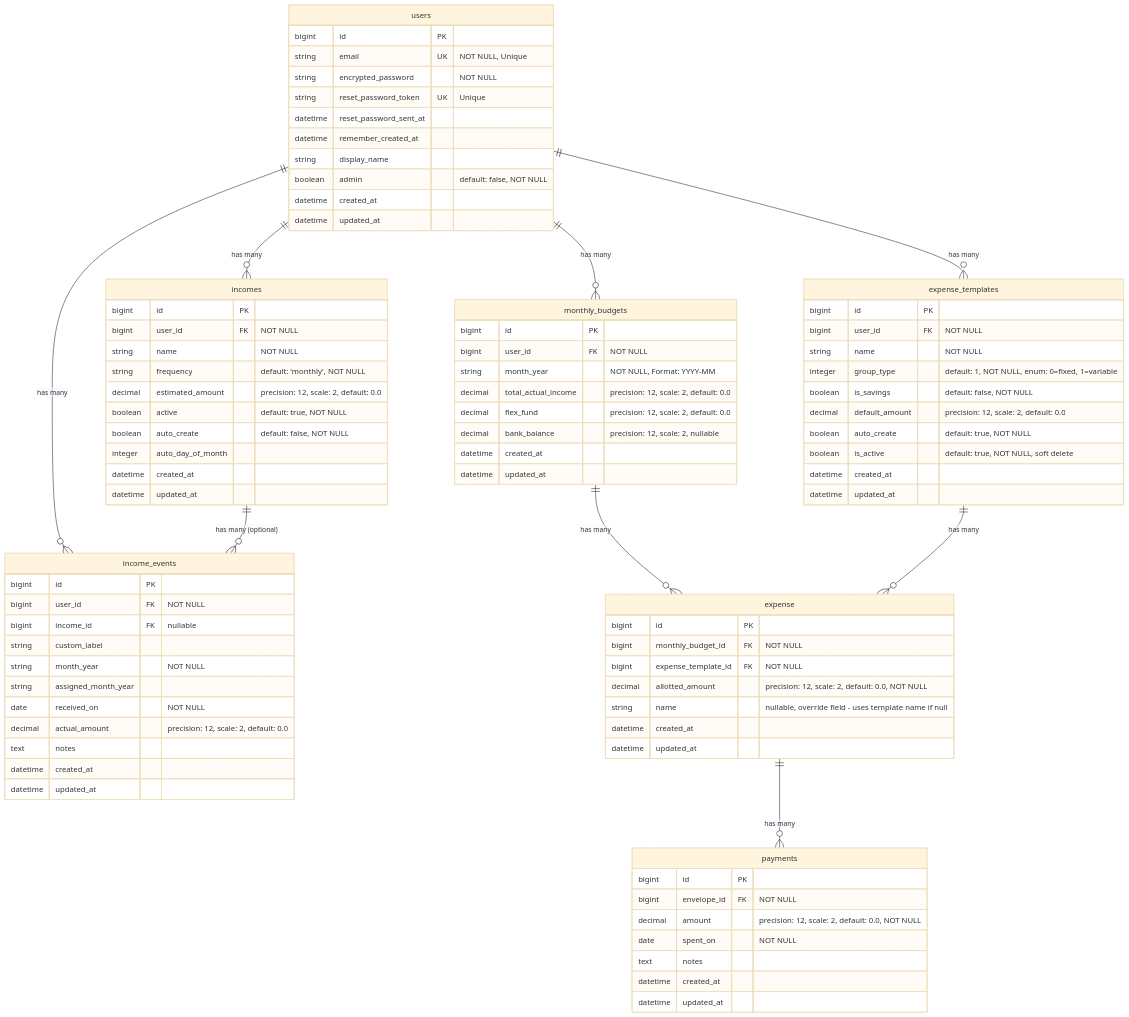
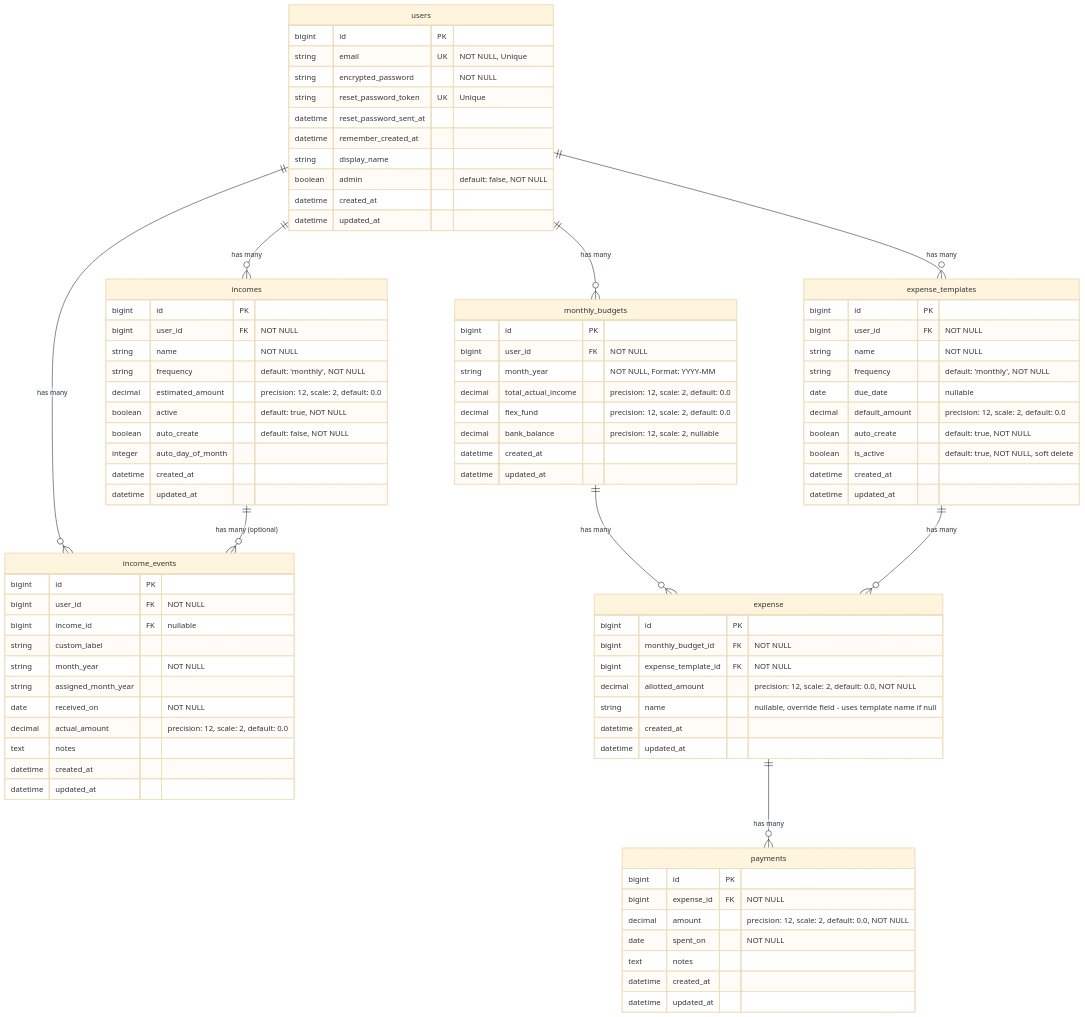
The diagram in docs/other/er_diagram.md (hedleydonna/coincritters), drawn with Mermaid (base theme) before and after one commit. The commit also changed other lines of this file and 20 other files, not shown here.

```diff
--- a/docs/other/er_diagram.md
+++ b/docs/other/er_diagram.md
@@ -61,8 +61,8 @@
         bigint id PK
         bigint user_id FK "NOT NULL"
         string name "NOT NULL"
-        integer group_type "default: 1, NOT NULL, enum: 0=fixed, 1=variable"
-        boolean is_savings "default: false, NOT NULL"
+        string frequency "default: 'monthly', NOT NULL"
+        date due_date "nullable"
         decimal default_amount "precision: 12, scale: 2, default: 0.0"
         boolean auto_create "default: true, NOT NULL"
         boolean is_active "default: true, NOT NULL, soft delete"
@@ -82,7 +82,7 @@
 
     payments {
         bigint id PK
-        bigint envelope_id FK "NOT NULL"
+        bigint expense_id FK "NOT NULL"
         decimal amount "precision: 12, scale: 2, default: 0.0, NOT NULL"
         date spent_on "NOT NULL"
         text notes
```
